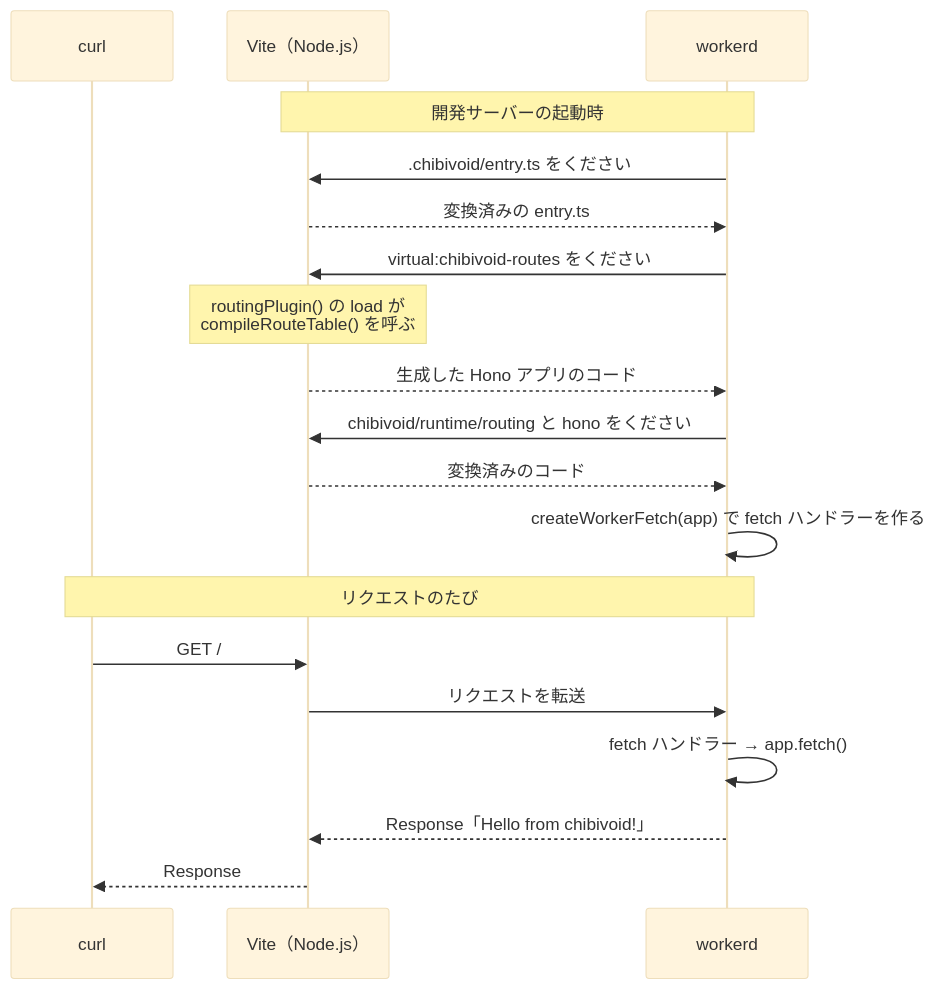
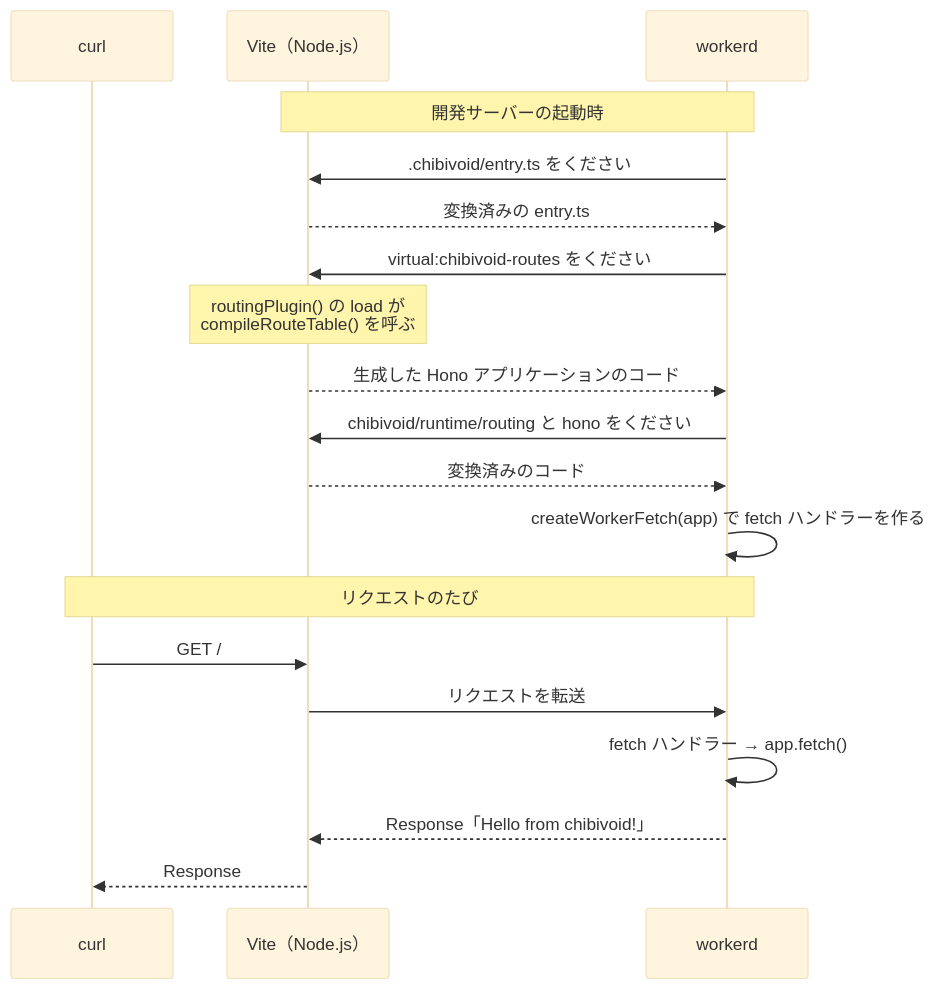
The diagram in books/how-void-works/04-skeleton.md (morinokami/zenn-docs), drawn with Mermaid (base theme) before and after one commit. The commit also changed other lines of this file and 59 other files, not shown here.

````diff
--- a/books/how-void-works/04-skeleton.md
+++ b/books/how-void-works/04-skeleton.md
@@ -481,21 +481,21 @@
 ```mermaid
 sequenceDiagram
   participant C as curl
   participant V as Vite（Node.js）
   participant W as workerd
   Note over V,W: 開発サーバーの起動時
   W->>V: .chibivoid/entry.ts をください
   V-->>W: 変換済みの entry.ts
   W->>V: virtual:chibivoid-routes をください
   Note over V: routingPlugin() の load が<br/>compileRouteTable() を呼ぶ
-  V-->>W: 生成した Hono アプリのコード
+  V-->>W: 生成した Hono アプリケーションのコード
   W->>V: chibivoid/runtime/routing と hono をください
   V-->>W: 変換済みのコード
   W->>W: createWorkerFetch(app) で fetch ハンドラーを作る
   Note over C,W: リクエストのたび
   C->>V: GET /
   V->>W: リクエストを転送
   W->>W: fetch ハンドラー → app.fetch()
   W-->>V: Response「Hello from chibivoid!」
   V-->>C: Response
 ```
````
